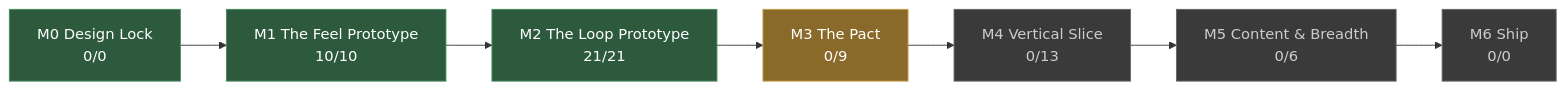
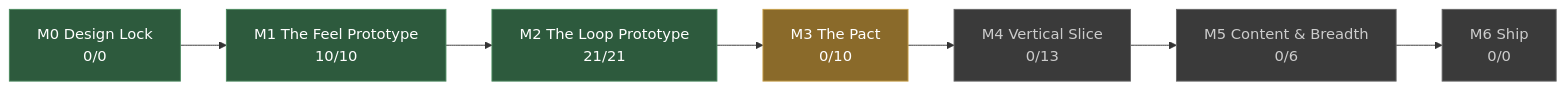
The diagram in docs/STATUS.md (JoshuaGessner/she), drawn with Mermaid before and after one commit. The commit also changed other lines of this file and 4 other files, not shown here.

````diff
--- a/docs/STATUS.md
+++ b/docs/STATUS.md
@@ -13,19 +13,19 @@
 ```mermaid
 flowchart LR
   M0["M0 Design Lock<br/>0/0"]:::passed
   M1["M1 The Feel Prototype<br/>10/10"]:::passed
   M0 --> M1
   M2["M2 The Loop Prototype<br/>21/21"]:::passed
   M1 --> M2
-  M3["M3 The Pact<br/>0/9"]:::current
+  M3["M3 The Pact<br/>0/10"]:::current
   M2 --> M3
   M4["M4 Vertical Slice<br/>0/13"]:::ahead
   M3 --> M4
   M5["M5 Content & Breadth<br/>0/6"]:::ahead
   M4 --> M5
   M6["M6 Ship<br/>0/0"]:::ahead
   M5 --> M6
   classDef passed fill:#2d5a3d,stroke:#4a8a5f,color:#fff
   classDef current fill:#8a6a2a,stroke:#c8a04a,color:#fff
   classDef ahead fill:#3a3a3a,stroke:#666,color:#ccc
 ```
````
